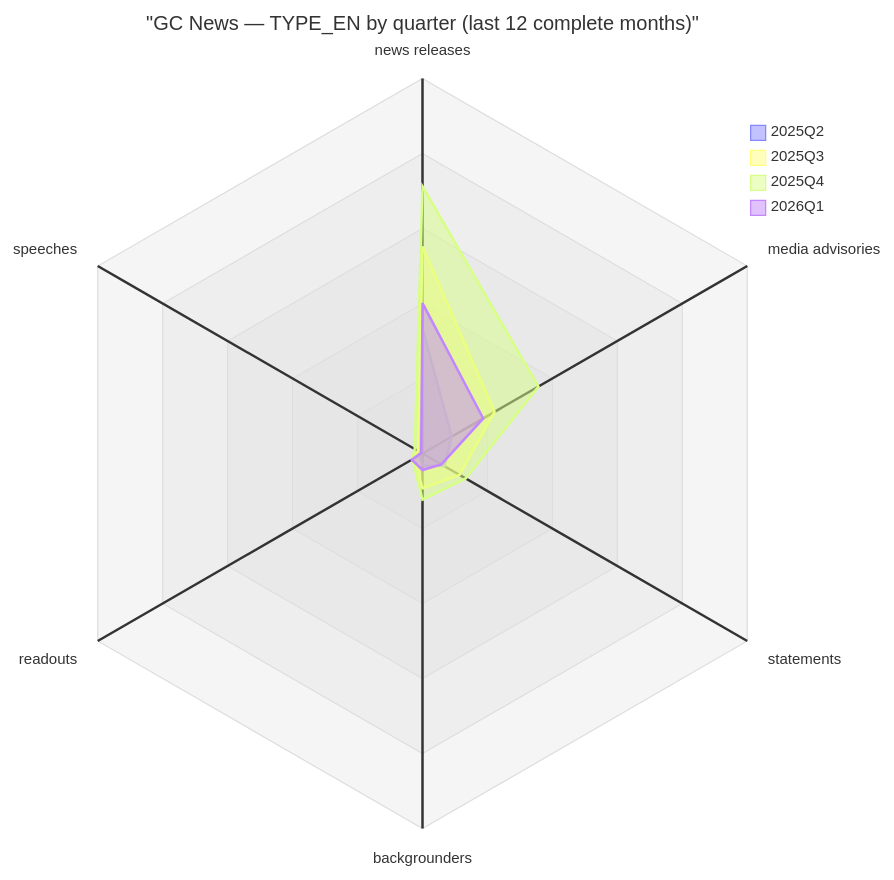
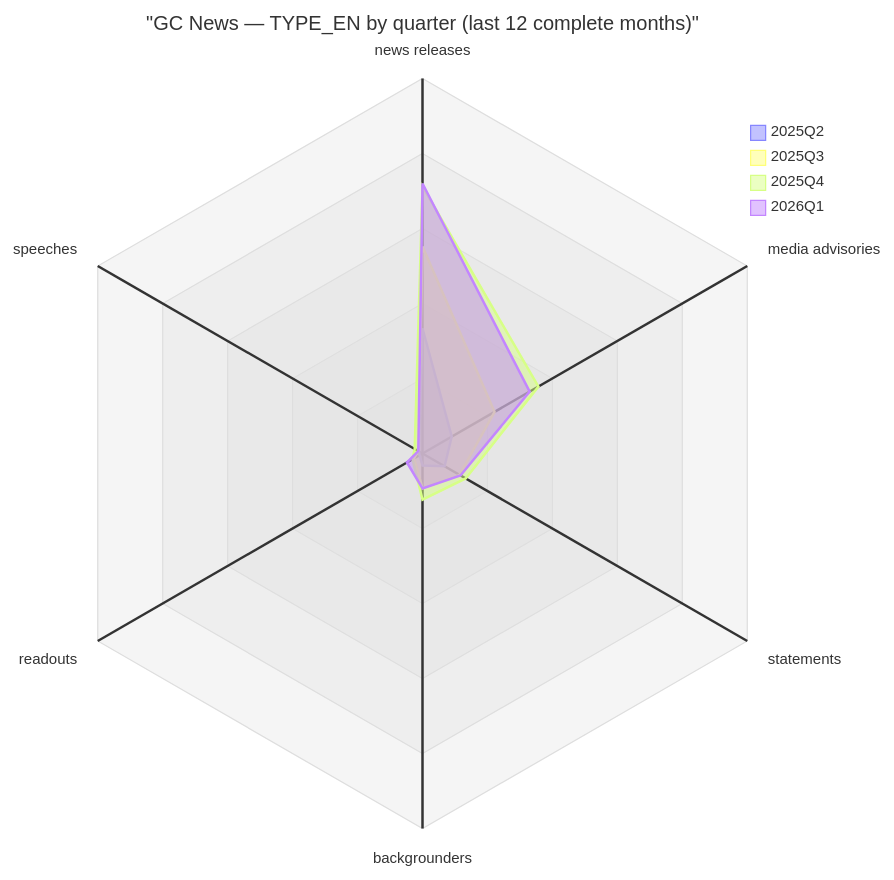
The diagram in docs/type_axes_quarter_curves.md (PatLittle/GC-News-Nouvelles-GC), drawn with Mermaid before and after one commit. The commit also changed 1 other file, not shown here.

Commit message:
Update quarterly TYPE_EN radar (last 12 complete months)

````diff
--- a/docs/type_axes_quarter_curves.md
+++ b/docs/type_axes_quarter_curves.md
@@ -3,13 +3,13 @@
 ```mermaid
 radar-beta
   title "GC News — TYPE_EN by quarter (last 12 complete months)"
   axis t1["news releases"], t2["media advisories"], t3["statements"], t4["backgrounders"], t5["readouts"], t6["speeches"]
 
   curve q1["2025Q2"]{334, 90, 68, 32, 9, 11}
   curve q2["2025Q3"]{552, 222, 114, 93, 26, 14}
   curve q3["2025Q4"]{712, 357, 133, 123, 31, 24}
-  curve q4["2026Q1"]{401, 187, 58, 44, 33, 4}
+  curve q4["2026Q1"]{720, 330, 117, 93, 48, 13}
 
   graticule polygon
   max 1000
 ```
````
